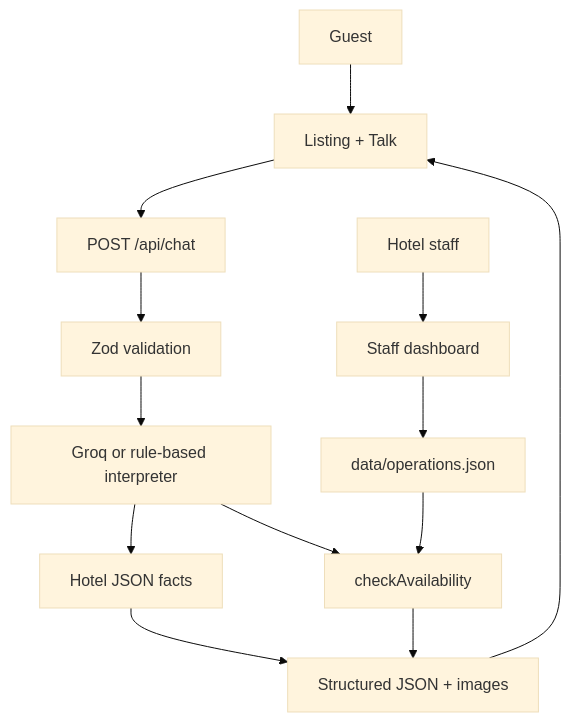
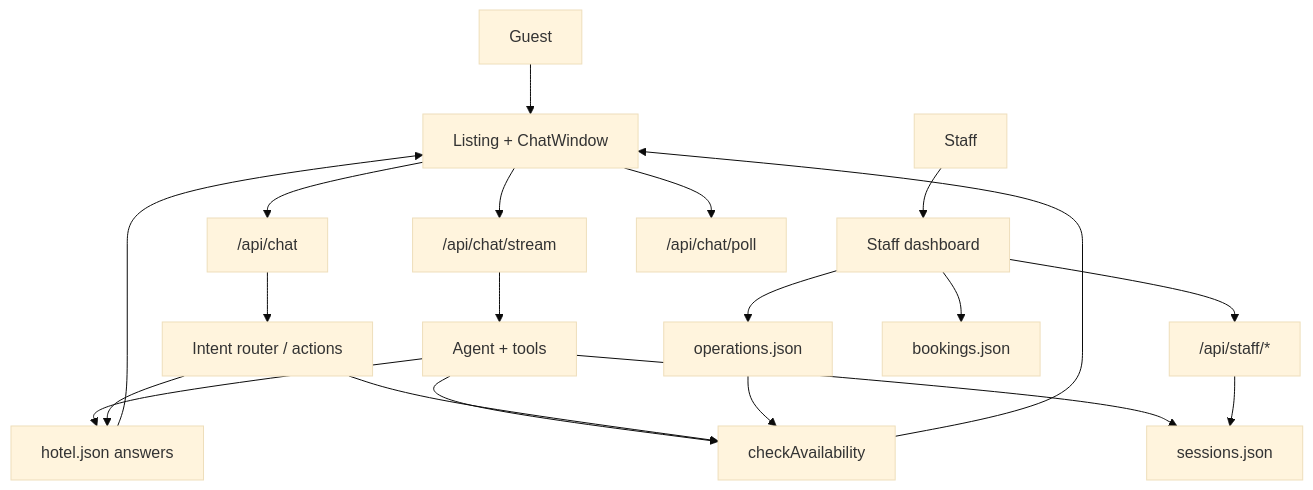
The diagram in README.md (RealBhupesh/Aichatbot), drawn with Mermaid (base theme) before and after one commit. The commit also changed other lines of this file and 3 other files, not shown here.

First line of the commit message:
Document architecture choices and refresh README for current app.

````diff
--- a/README.md
+++ b/README.md
@@ -36,15 +50,22 @@
 ```mermaid
 flowchart TD
-  Guest[Guest] --> UI[Listing + Talk]
-  Staff[Hotel staff] --> Desk[Staff dashboard]
-  Desk --> Ops["data/operations.json"]
-  UI --> API["POST /api/chat"]
-  API --> Validate[Zod validation]
-  Validate --> NLU[Groq or rule-based interpreter]
-  NLU --> Facts[Hotel JSON facts]
-  NLU --> Avail[checkAvailability]
+  Guest[Guest] --> UI[Listing + ChatWindow]
+  Staff[Staff] --> Desk[Staff dashboard]
+  UI --> Stream["/api/chat/stream"]
+  UI --> Chat["/api/chat"]
+  UI --> Poll["/api/chat/poll"]
+  Desk --> StaffAPI["/api/staff/*"]
+  Stream --> Agent[Agent + tools]
+  Chat --> Router[Intent router / actions]
+  Agent --> Facts[hotel.json answers]
+  Agent --> Avail[checkAvailability]
+  Router --> Facts
+  Router --> Avail
+  Desk --> Ops[operations.json]
+  Desk --> Bookings[bookings.json]
+  Agent --> Sessions[sessions.json]
+  StaffAPI --> Sessions
   Ops --> Avail
-  Facts --> Response[Structured JSON + images]
-  Avail --> Response
-  Response --> UI
+  Facts --> UI
+  Avail --> UI
 ```
````
